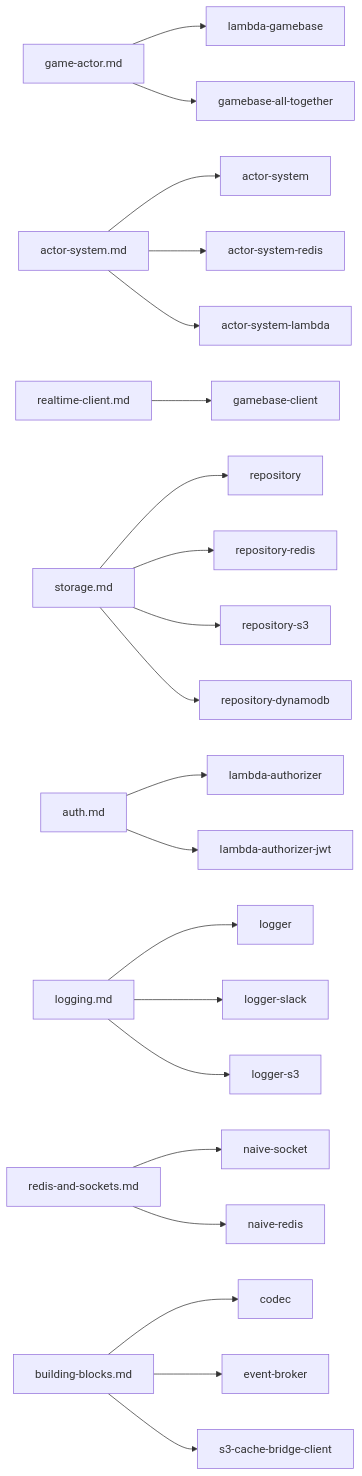
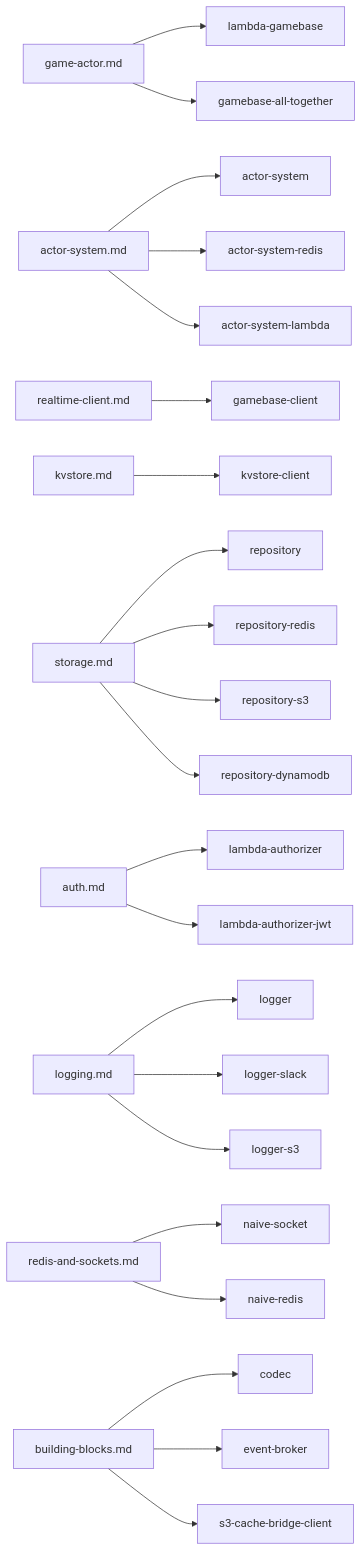
One commit to yingyeothon/tslib changed the diagram in docs/README.md. Above: the diagram before and after it, drawn with Mermaid. The commit also changed other lines of this file and 31 other files, not shown here.

First line of the commit message:
Add @yingyeothon/kvstore-client for the yyt key-value store

````diff
--- a/docs/README.md
+++ b/docs/README.md
@@ -35,23 +36,24 @@
 ```mermaid
 flowchart LR
   GA["game-actor.md"] --> lambda-gamebase
   GA --> gamebase-all-together
   AS["actor-system.md"] --> actor-system
   AS --> actor-system-redis
   AS --> actor-system-lambda
   RC["realtime-client.md"] --> gamebase-client
+  KV["kvstore.md"] --> kvstore-client
   ST["storage.md"] --> repository
   ST --> repository-redis
   ST --> repository-s3
   ST --> repository-dynamodb
   AU["auth.md"] --> lambda-authorizer
   AU --> lambda-authorizer-jwt
   LG["logging.md"] --> logger
   LG --> logger-slack
   LG --> logger-s3
   RS["redis-and-sockets.md"] --> naive-socket
   RS --> naive-redis
   BB["building-blocks.md"] --> codec
   BB --> event-broker
   BB --> s3-cache-bridge-client
 ```
````
